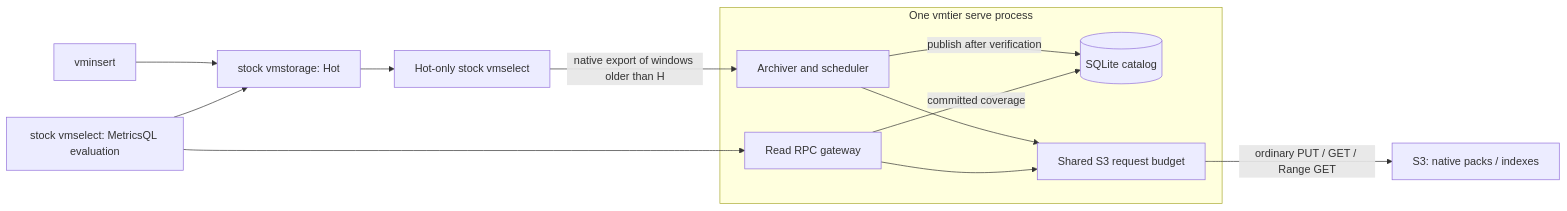
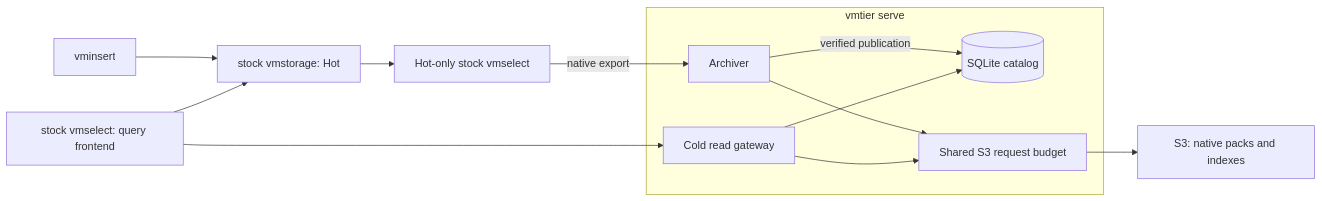
One commit to yuuki/vmtier changed the diagram in README.md. Above: the diagram before and after it, drawn with Mermaid. The commit also changed other lines of this file and 15 other files, not shown here.

Commit message:
docs: reorganize guides around the SQLite service

````diff
--- a/README.md
+++ b/README.md
@@ -9,15 +18,15 @@
 ```mermaid
 flowchart LR
   W[vminsert] --> H[stock vmstorage: Hot]
   H --> E[Hot-only stock vmselect]
-  E -->|native export of windows older than H| A
-  subgraph Service[One vmtier serve process]
-    A[Archiver and scheduler] -->|publish after verification| C[(SQLite catalog)]
-    G[Read RPC gateway] -->|committed coverage| C
+  E -->|native export| A
+  subgraph Service[vmtier serve]
+    A[Archiver] -->|verified publication| C[(SQLite catalog)]
+    G[Cold read gateway] --> C
     A --> B[Shared S3 request budget]
     G --> B
   end
-  B -->|ordinary PUT / GET / Range GET| S[S3: native packs / indexes]
-  Q[stock vmselect: MetricsQL evaluation] --> H
+  B --> S[S3: native packs and indexes]
+  Q[stock vmselect: query frontend] --> H
   Q --> G
 ```
````
